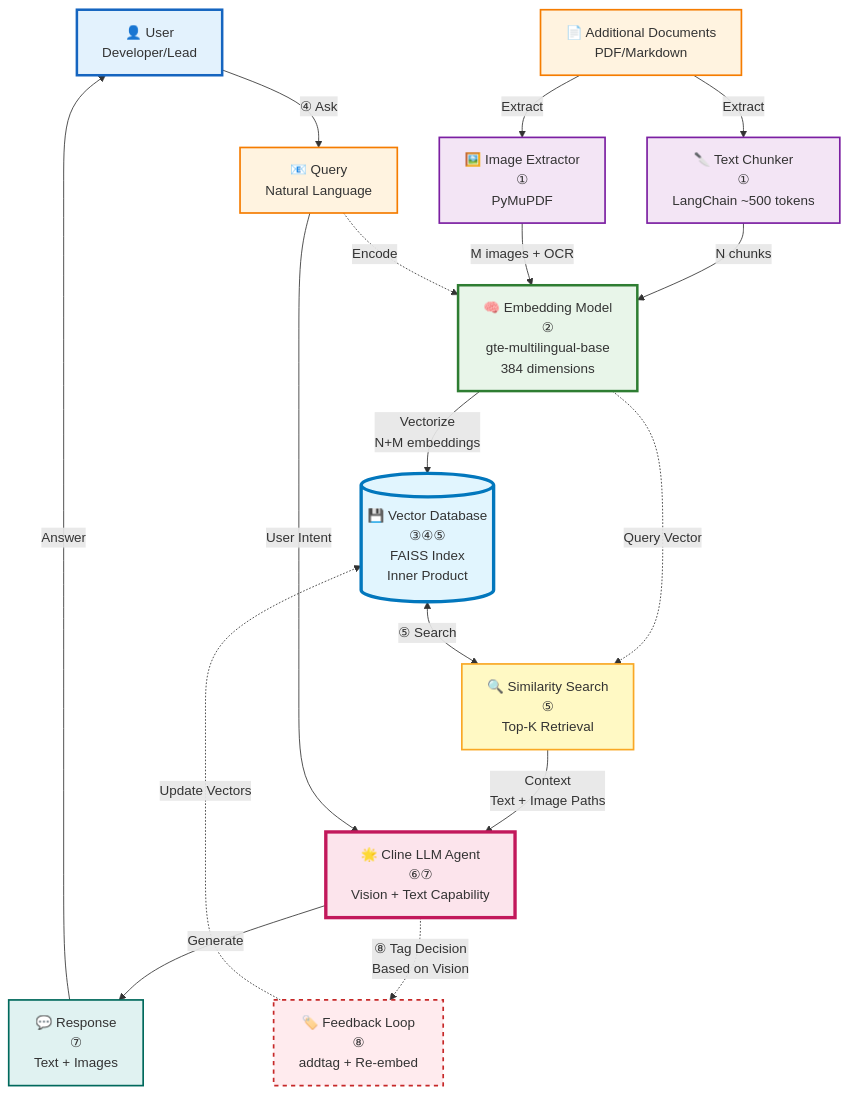
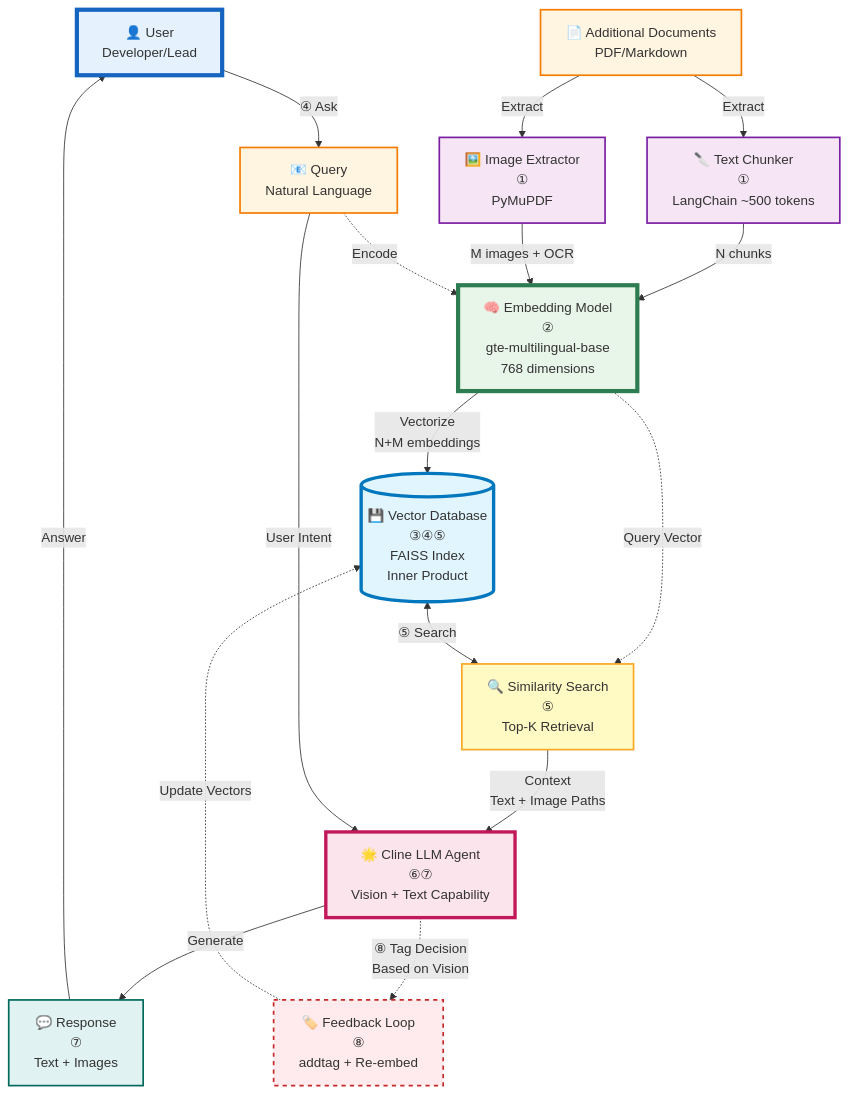
Before and after one commit to ngcix/doc-rag: the fourth of 4 diagrams in report-doc/10-debuit-clineSR.md, drawn with Mermaid. The commit also changed other lines of this file and 7 other files, not shown here.

````diff
--- a/report-doc/10-debuit-clineSR.md
+++ b/report-doc/10-debuit-clineSR.md
@@ -415,73 +428,73 @@
 ```mermaid
 flowchart TB
     %% Left Side: User & Query
     User[👤 User<br/>Developer/Lead]
     Query[📧 Query<br/>Natural Language]
     
     %% Center Top: Documents & Processing
     Docs[📄 Additional Documents<br/>PDF/Markdown]
     
     %% Processing Layer
     Chunker[🔪 Text Chunker<br/>①<br/>LangChain ~500 tokens]
     ImgExt[🖼️ Image Extractor<br/>①<br/>PyMuPDF]
     
     %% Embedding
-    Embed[🧠 Embedding Model<br/>②<br/>gte-multilingual-base<br/>384 dimensions]
+    Embed[🧠 Embedding Model<br/>②<br/>gte-multilingual-base<br/>768 dimensions]
     
     %% Database
     FAISS[(💾 Vector Database<br/>③④⑤<br/>FAISS Index<br/>Inner Product)]
     
     %% Cline Agent
     Cline[🌟 Cline LLM Agent<br/>⑥⑦<br/>Vision + Text Capability]
     
     %% Search
     Search[🔍 Similarity Search<br/>⑤<br/>Top-K Retrieval]
     
     %% Response
     Response[💬 Response<br/>⑦<br/>Text + Images]
     
     %% Feedback
     AddTag[🏷️ Feedback Loop<br/>⑧<br/>addtag + Re-embed]
     
-    %% FLOW: Ingestion (1-3)
+    %% FLOW: Ingestion (1-5)
     Docs -->|Extract| Chunker
     Docs -->|Extract| ImgExt
     Chunker -->|N chunks| Embed
     ImgExt -->|M images + OCR| Embed
     Embed -->|Vectorize<br/>N+M embeddings| FAISS
     
     %% FLOW: Query (4-7)
     User -->|④ Ask| Query
     Query -.->|Encode| Embed
     Embed -.->|Query Vector| Search
     FAISS <-->|⑤ Search| Search
     Search -->|Context<br/>Text + Image Paths| Cline
     Query -->|User Intent| Cline
     Cline -->|Generate| Response
     Response -->|Answer| User
     
     %% FLOW: Feedback (8)
     Cline -.->|⑧ Tag Decision<br/>Based on Vision| AddTag
     AddTag -.->|Update Vectors| FAISS
     
     %% Styling
-    classDef userStyle fill:#e3f2fd,stroke:#1565c0,stroke-width:3px
-    classDef docStyle fill:#fff3e0,stroke:#f57c00,stroke-width:2px
-    classDef processStyle fill:#f3e5f5,stroke:#7b1fa2,stroke-width:2px
-    classDef modelStyle fill:#e8f5e9,stroke:#2e7d32,stroke-width:3px
+    classDef userStyle fill:#e5f2fd,stroke:#1565c0,stroke-width:5px
+    classDef docStyle fill:#fff5e0,stroke:#f57c00,stroke-width:2px
+    classDef processStyle fill:#f5e5f5,stroke:#7b1fa2,stroke-width:2px
+    classDef modelStyle fill:#e8f5e9,stroke:#2e7d52,stroke-width:5px
     classDef dbStyle fill:#e1f5fe,stroke:#0277bd,stroke-width:4px
     classDef agentStyle fill:#fce4ec,stroke:#c2185b,stroke-width:4px
     classDef searchStyle fill:#fff9c4,stroke:#f9a825,stroke-width:2px
     classDef responseStyle fill:#e0f2f1,stroke:#00695c,stroke-width:2px
     classDef feedbackStyle fill:#ffebee,stroke:#c62828,stroke-width:2px,stroke-dasharray: 5 5
     
     class User userStyle
     class Query,Docs docStyle
     class Chunker,ImgExt processStyle
     class Embed modelStyle
     class FAISS dbStyle
     class Cline agentStyle
     class Search searchStyle
     class Response responseStyle
     class AddTag feedbackStyle
 ```
````
